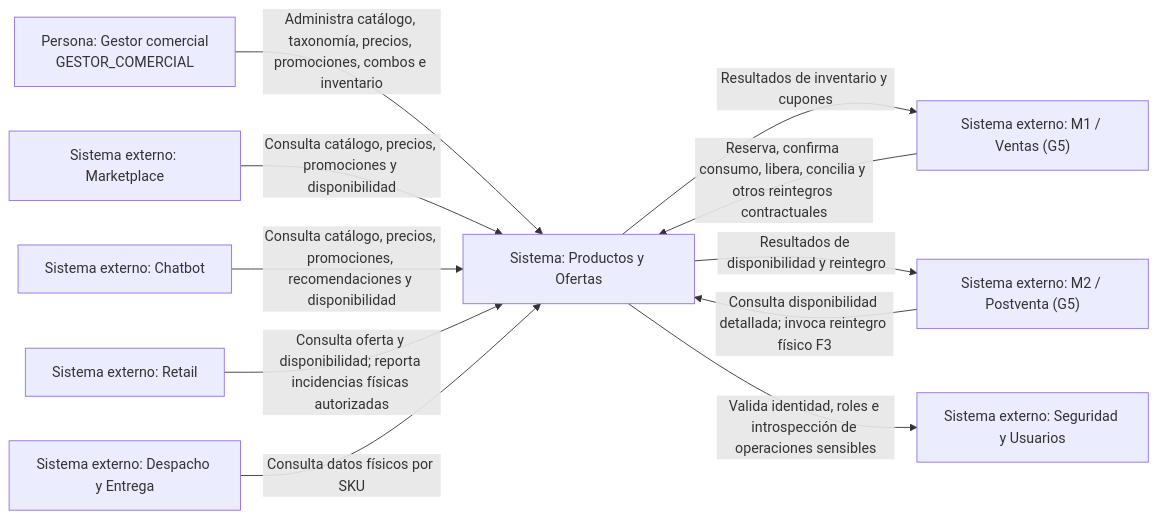
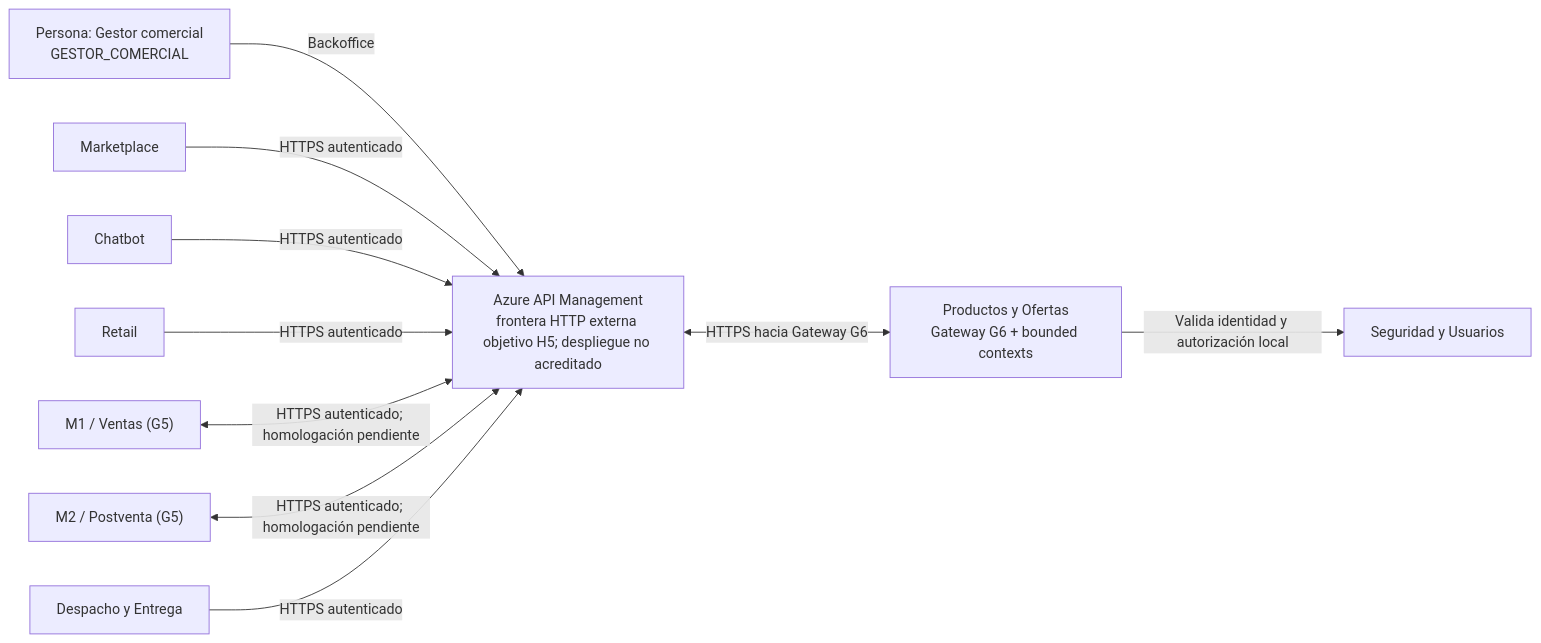
Before and after one commit to Taller-SW-Web/G6-Productos-Ofertas-docs: the first of 10 diagrams in arquitectura/Arquitectura.md, drawn with Mermaid. The commit also changed other lines of this file and 15 other files, not shown here.

````diff
--- a/arquitectura/Arquitectura.md
+++ b/arquitectura/Arquitectura.md
@@ -2100,29 +2100,23 @@
 ```mermaid
 flowchart LR
   gestor["Persona: Gestor comercial<br/>GESTOR_COMERCIAL"]
+  market["Marketplace"]
+  chatbot["Chatbot"]
+  retail["Retail"]
+  ventas["M1 / Ventas (G5)"]
+  postventa["M2 / Postventa (G5)"]
+  despacho["Despacho y Entrega"]
+  seguridad["Seguridad y Usuarios"]
+  apim["Azure API Management<br/>frontera HTTP externa objetivo H5; despliegue no acreditado"]
+  po["Productos y Ofertas<br/>Gateway G6 + bounded contexts"]
 
-  market["Sistema externo: Marketplace"]
-  chatbot["Sistema externo: Chatbot"]
-  retail["Sistema externo: Retail"]
-  ventas["Sistema externo: M1 / Ventas (G5)"]
-  postventa["Sistema externo: M2 / Postventa (G5)"]
-  despacho["Sistema externo: Despacho y Entrega"]
-  seguridad["Sistema externo: Seguridad y Usuarios"]
-
-  po["Sistema: Productos y Ofertas"]
-
-  gestor -->|"Administra catálogo, taxonomía, precios, promociones, combos e inventario"| po
-
-  market -->|"Consulta catálogo, precios, promociones y disponibilidad"| po
-  chatbot -->|"Consulta catálogo, precios, promociones, recomendaciones y disponibilidad"| po
-  retail -->|"Consulta oferta y disponibilidad; reporta incidencias físicas autorizadas"| po
-
-  ventas -->|"Reserva, confirma consumo, libera, concilia y otros reintegros contractuales"| po
-  postventa -->|"Consulta disponibilidad detallada; invoca reintegro físico F3"| po
-  po -->|"Resultados de inventario y cupones"| ventas
-  po -->|"Resultados de disponibilidad y reintegro"| postventa
-
-  despacho -->|"Consulta datos físicos por SKU"| po
-
-  po -->|"Valida identidad, roles e introspección de operaciones sensibles"| seguridad
+  gestor -->|"Backoffice"| apim
+  market -->|"HTTPS autenticado"| apim
+  chatbot -->|"HTTPS autenticado"| apim
+  retail -->|"HTTPS autenticado"| apim
+  ventas <-->|"HTTPS autenticado; homologación pendiente"| apim
+  postventa <-->|"HTTPS autenticado; homologación pendiente"| apim
+  despacho -->|"HTTPS autenticado"| apim
+  apim <-->|"HTTPS hacia Gateway G6"| po
+  po -->|"Valida identidad y autorización local"| seguridad
 ```
````
